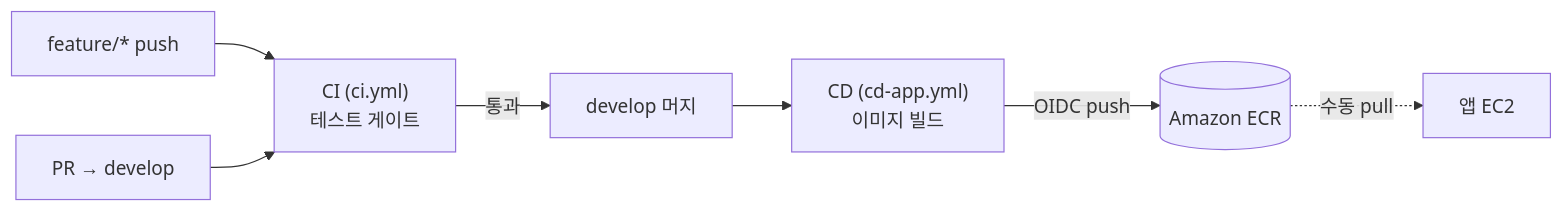
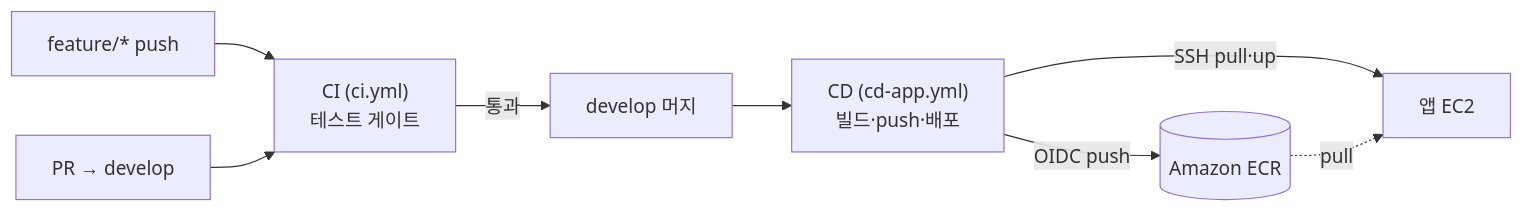
The diagram in docs/runbook/ci-cd.md (prgrms-be-devcourse/NBE10-12-2-Team7), drawn with Mermaid before and after one commit. The commit also changed other lines of this file and 4 other files, not shown here.

````diff
--- a/docs/runbook/ci-cd.md
+++ b/docs/runbook/ci-cd.md
@@ -7,9 +7,10 @@
 ```mermaid
 graph LR
     fpush["feature/* push"] --> ci
     pr["PR → develop"] --> ci["CI (ci.yml)<br/>테스트 게이트"]
     ci -->|"통과"| merge["develop 머지"]
-    merge --> cd["CD (cd-app.yml)<br/>이미지 빌드"]
+    merge --> cd["CD (cd-app.yml)<br/>빌드·push·배포"]
     cd -->|"OIDC push"| ecr[(Amazon ECR)]
-    ecr -.->|"수동 pull"| ec2["앱 EC2"]
+    cd -->|"SSH pull·up"| ec2["앱 EC2"]
+    ecr -.->|"pull"| ec2
 ```
````
